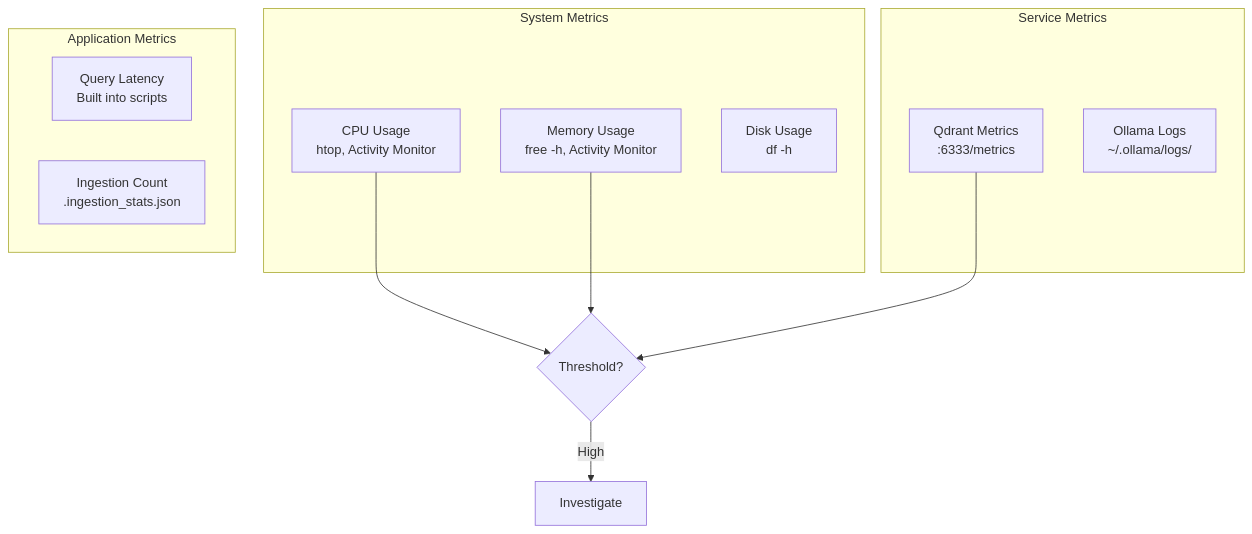
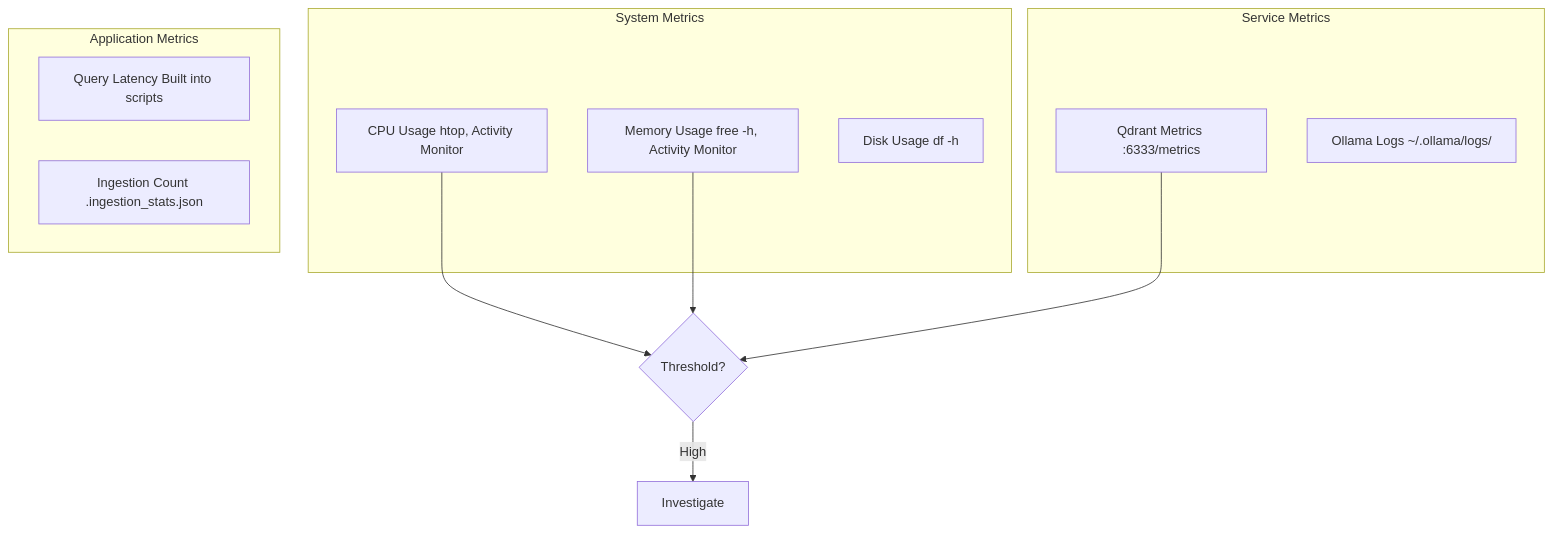
Before and after one commit to softwarewrighter/rag-demo: diagram 11 of 12 in wiki/Deployment-Architecture.md, drawn with Mermaid. The commit also changed other lines of this file and 7 other files, not shown here.

````diff
--- a/wiki/Deployment-Architecture.md
+++ b/wiki/Deployment-Architecture.md
@@ -612,24 +612,24 @@
 ```mermaid
 graph TB
     subgraph "System Metrics"
-        CPU[CPU Usage<br/>htop, Activity Monitor]
-        MEM[Memory Usage<br/>free -h, Activity Monitor]
-        DISK[Disk Usage<br/>df -h]
+        CPU[CPU Usage htop, Activity Monitor]
+        MEM[Memory Usage free -h, Activity Monitor]
+        DISK[Disk Usage df -h]
     end
 
     subgraph "Service Metrics"
-        QM[Qdrant Metrics<br/>:6333/metrics]
-        OM[Ollama Logs<br/>~/.ollama/logs/]
+        QM[Qdrant Metrics :6333/metrics]
+        OM[Ollama Logs ~/.ollama/logs/]
     end
 
     subgraph "Application Metrics"
-        QT[Query Latency<br/>Built into scripts]
-        IC[Ingestion Count<br/>.ingestion_stats.json]
+        QT[Query Latency Built into scripts]
+        IC[Ingestion Count .ingestion_stats.json]
     end
 
     CPU --> Alert{Threshold?}
     MEM --> Alert
     QM --> Alert
 
     Alert -->|High| Action[Investigate]
 ```
````
